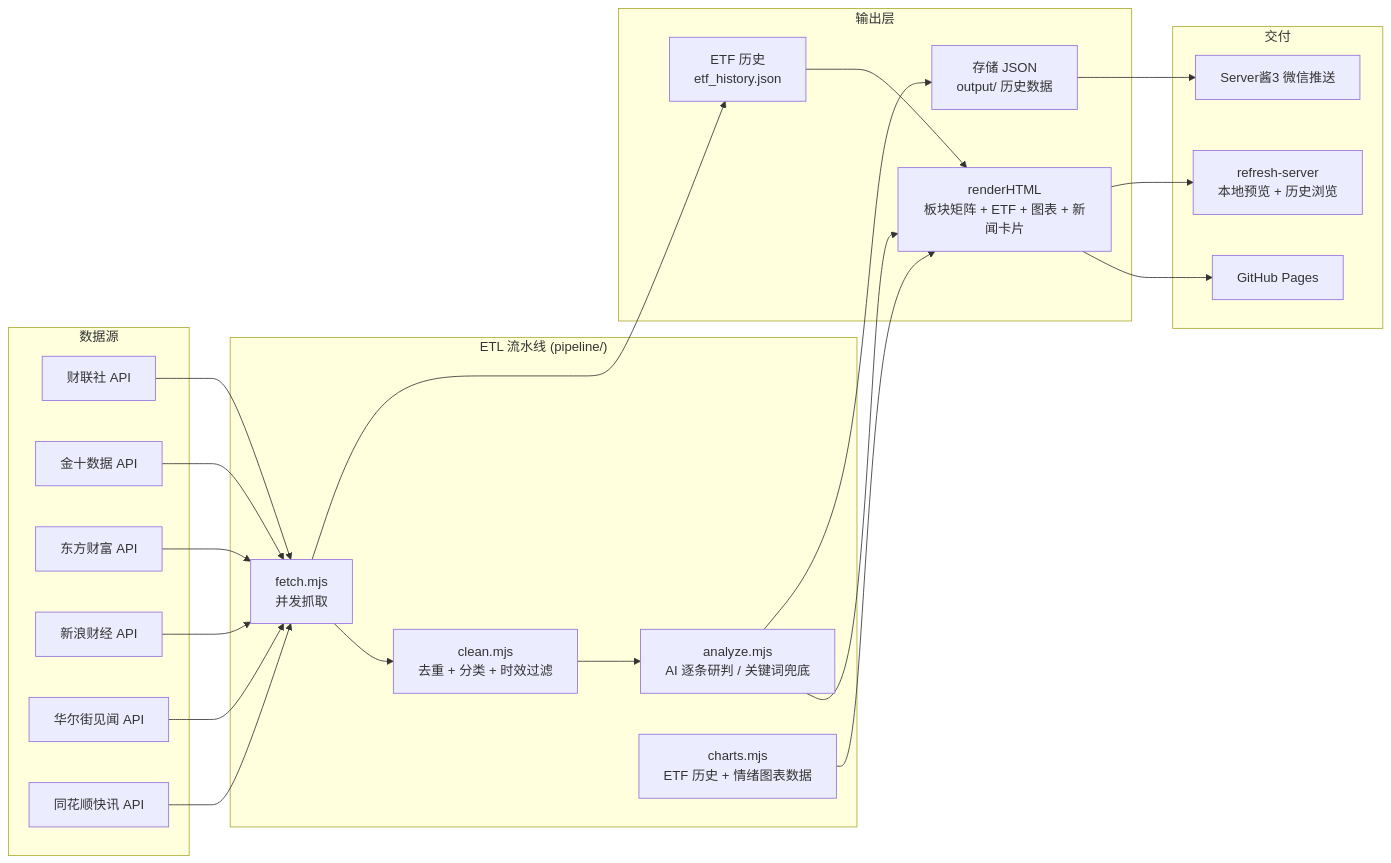
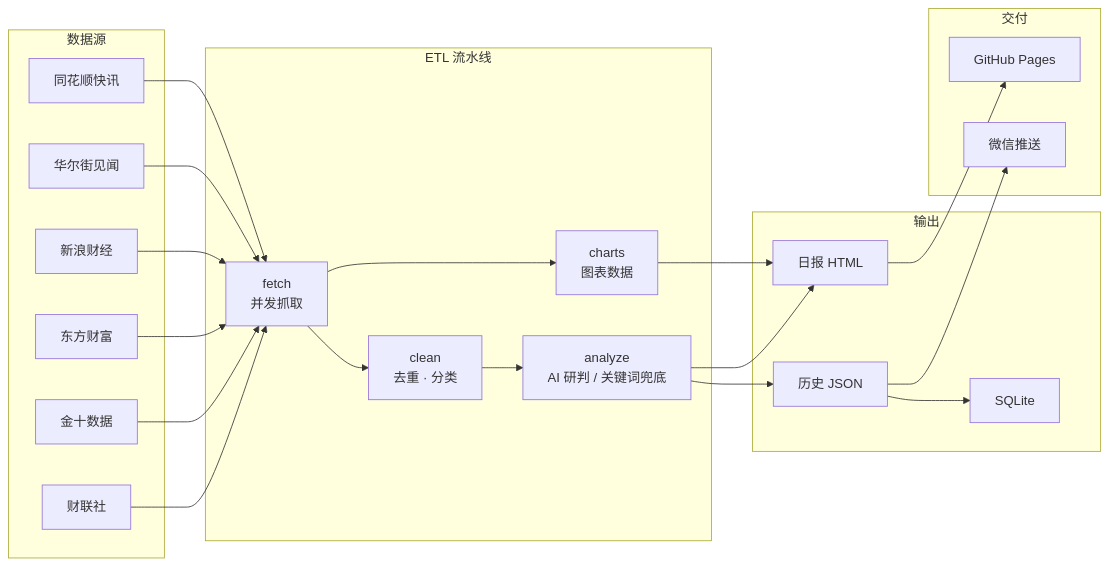
Before and after one commit to chanbigcool/daily-stock-news: the diagram in README.md, drawn with Mermaid. The commit also changed other lines of this file and 2 other files, not shown here.

First line of the commit message:
README: 重写为中英双语项目介绍 + 线上预览图

````diff
--- a/README.md
+++ b/README.md
@@ -9,36 +26,35 @@
 ```mermaid
 flowchart LR
-    subgraph Sources["数据源"]
-        A1["财联社 API"]
-        A2["金十数据 API"]
-        A3["东方财富 API"]
-        A4["新浪财经 API"]
-        A5["华尔街见闻 API"]
-        A6["同花顺快讯 API"]
+    subgraph S["数据源"]
+        A1["财联社"]
+        A2["金十数据"]
+        A3["东方财富"]
+        A4["新浪财经"]
+        A5["华尔街见闻"]
+        A6["同花顺快讯"]
     end
 
-    subgraph Pipeline["ETL 流水线 (pipeline/)"]
-        B1["fetch.mjs<br/>并发抓取"]
-        B2["clean.mjs<br/>去重 + 分类 + 时效过滤"]
-        B3["analyze.mjs<br/>AI 逐条研判 / 关键词兜底"]
-        B4["charts.mjs<br/>ETF 历史 + 情绪图表数据"]
+    subgraph P["ETL 流水线"]
+        B1["fetch<br/>并发抓取"]
+        B2["clean<br/>去重 · 分类"]
+        B3["analyze<br/>AI 研判 / 关键词兜底"]
+        B4["charts<br/>图表数据"]
     end
 
-    subgraph Output["输出层"]
-        C1["renderHTML<br/>板块矩阵 + ETF + 图表 + 新闻卡片"]
-        C2["存储 JSON<br/>output/ 历史数据"]
-        C3["ETF 历史<br/>etf_history.json"]
+    subgraph O["输出"]
+        C1["日报 HTML"]
+        C2["历史 JSON"]
+        C3["SQLite"]
     end
 
-    subgraph Deploy["交付"]
+    subgraph D["交付"]
         D1["GitHub Pages"]
-        D2["Server酱3 微信推送"]
-        D3["refresh-server<br/>本地预览 + 历史浏览"]
+        D2["微信推送"]
     end
 
     A1 & A2 & A3 & A4 & A5 & A6 --> B1 --> B2 --> B3 --> C1 & C2
-    B1 --> C3 --> C1
-    C1 --> D1 & D3
-    B4 --> C1
+    B1 --> B4 --> C1
+    C2 --> C3
+    C1 --> D1
     C2 --> D2
 ```
````
